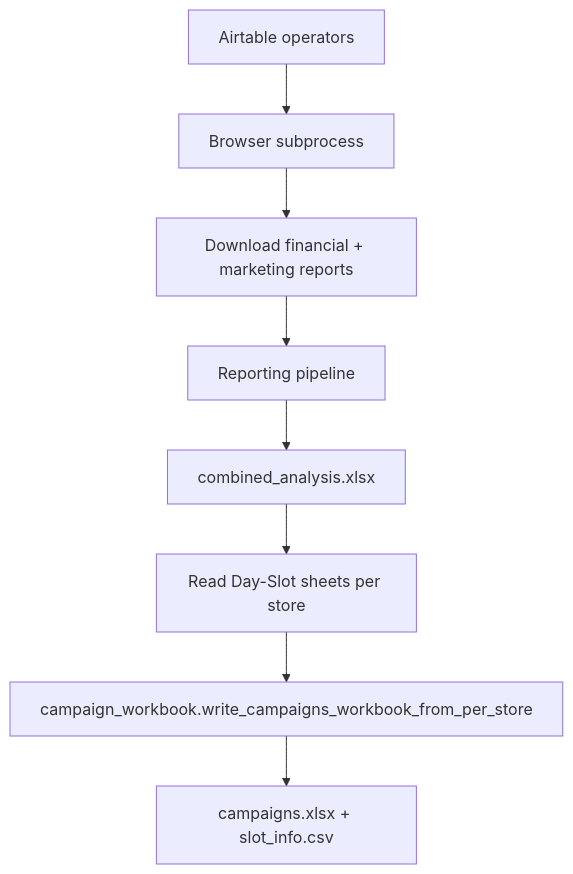
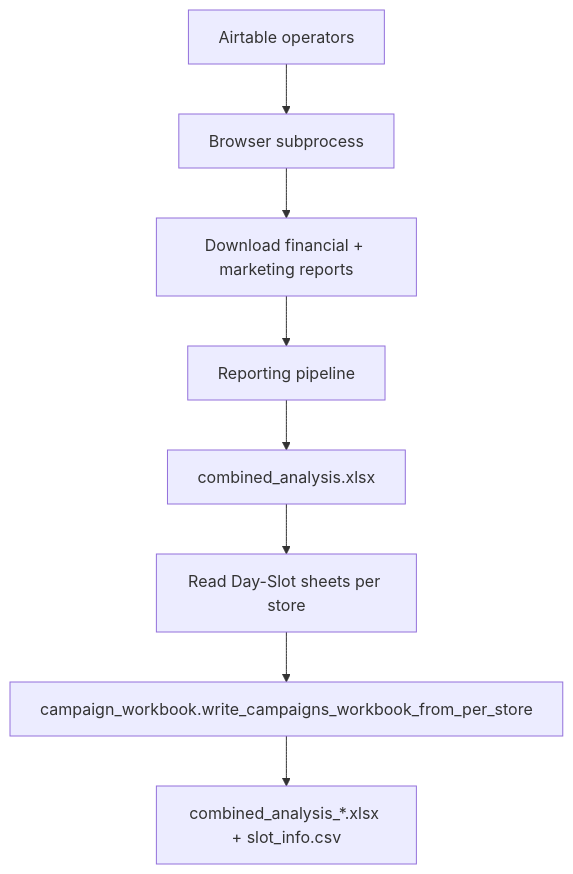
Before and after one commit to nithintodc/RalphAI: the first of 2 diagrams in agents/strategist/strategist.md, drawn with Mermaid. The commit also changed other lines of this file and 42 other files, not shown here.

````diff
--- a/agents/strategist/strategist.md
+++ b/agents/strategist/strategist.md
@@ -30,10 +31,10 @@
 ```mermaid
 flowchart TD
   A[Airtable operators] --> B[Browser subprocess]
   B --> C[Download financial + marketing reports]
   C --> D[Reporting pipeline]
   D --> E[combined_analysis.xlsx]
   E --> F[Read Day-Slot sheets per store]
   F --> G[campaign_workbook.write_campaigns_workbook_from_per_store]
-  G --> H[campaigns.xlsx + slot_info.csv]
+  G --> H[combined_analysis_*.xlsx + slot_info.csv]
 ```
````
